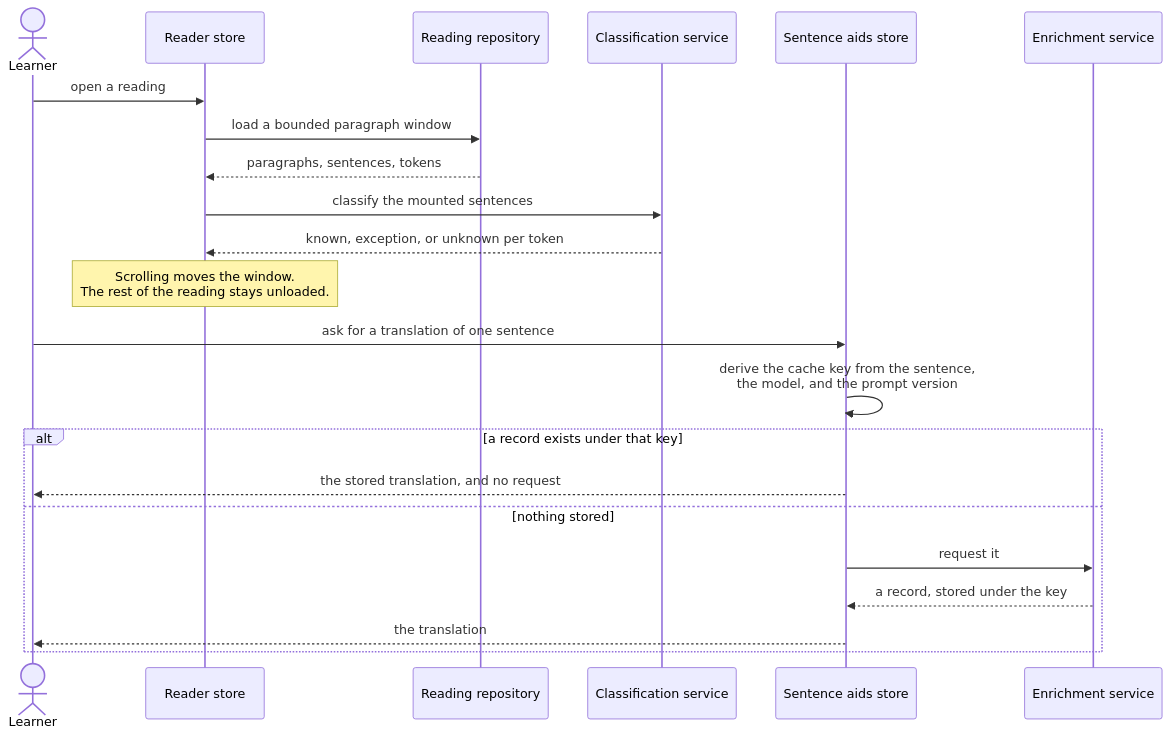
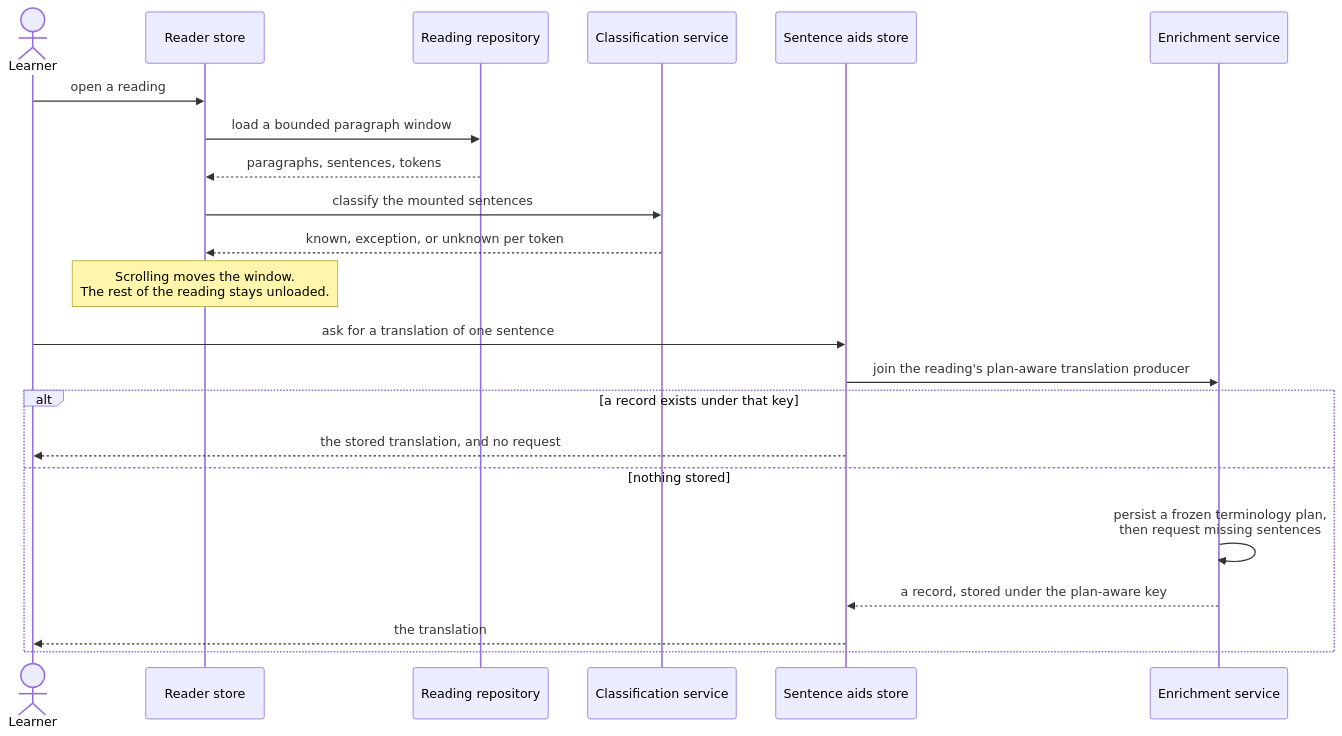
The fourth of 6 diagrams in docs/arc42/06-runtime-view.md (tobiaslrn/monosai), drawn with Mermaid before and after one commit. The commit also changed other lines of this file and 38 other files, not shown here.

Commit message:
feat(reader): persist frozen terminology for progressive translation

````diff
--- a/docs/arc42/06-runtime-view.md
+++ b/docs/arc42/06-runtime-view.md
@@ -143,25 +143,25 @@
 ```mermaid
 sequenceDiagram
     actor Learner
     participant Reader as Reader store
     participant Repo as Reading repository
     participant Classify as Classification service
     participant Aids as Sentence aids store
     participant Enrich as Enrichment service
 
     Learner->>Reader: open a reading
     Reader->>Repo: load a bounded paragraph window
     Repo-->>Reader: paragraphs, sentences, tokens
     Reader->>Classify: classify the mounted sentences
     Classify-->>Reader: known, exception, or unknown per token
     Note over Reader: Scrolling moves the window.<br/>The rest of the reading stays unloaded.
     Learner->>Aids: ask for a translation of one sentence
-    Aids->>Aids: derive the cache key from the sentence,<br/>the model, and the prompt version
+    Aids->>Enrich: join the reading's plan-aware translation producer
     alt a record exists under that key
         Aids-->>Learner: the stored translation, and no request
     else nothing stored
-        Aids->>Enrich: request it
-        Enrich-->>Aids: a record, stored under the key
+        Enrich->>Enrich: persist a frozen terminology plan,<br/>then request missing sentences
+        Enrich-->>Aids: a record, stored under the plan-aware key
         Aids-->>Learner: the translation
     end
 ```
````
